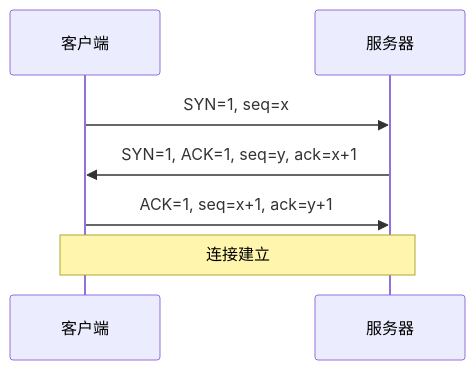
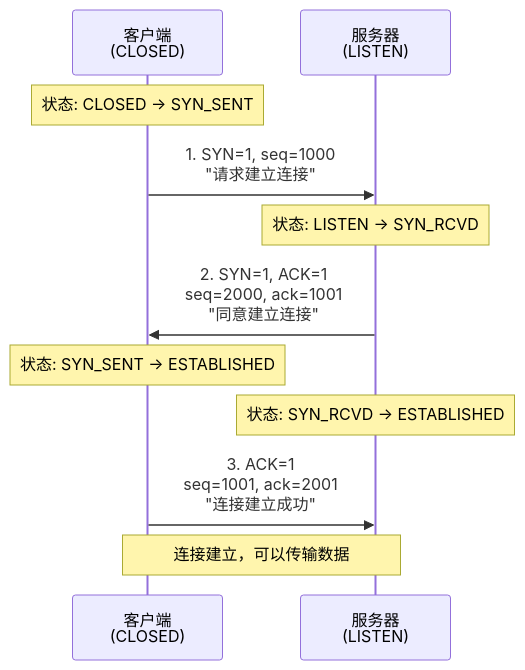
Before and after one commit to ralph-wren/TechStack-Handbook: the sixth of 33 diagrams in 2.网络知识.md, drawn with Mermaid. The commit also changed other lines of this file and 2 other files, not shown here.

````diff
--- a/2.网络知识.md
+++ b/2.网络知识.md
@@ -330,9 +768,17 @@
 ```mermaid
 sequenceDiagram
-    participant 客户端
-    participant 服务器
-    客户端->>服务器: SYN=1, seq=x
-    服务器->>客户端: SYN=1, ACK=1, seq=y, ack=x+1
-    客户端->>服务器: ACK=1, seq=x+1, ack=y+1
-    Note over 客户端,服务器: 连接建立
+    participant C as 客户端<br/>(CLOSED)
+    participant S as 服务器<br/>(LISTEN)
+    
+    Note over C: 状态: CLOSED → SYN_SENT
+    C->>S: 1. SYN=1, seq=1000<br/>"请求建立连接"
+    
+    Note over S: 状态: LISTEN → SYN_RCVD
+    S->>C: 2. SYN=1, ACK=1<br/>seq=2000, ack=1001<br/>"同意建立连接"
+    
+    Note over C: 状态: SYN_SENT → ESTABLISHED
+    Note over S: 状态: SYN_RCVD → ESTABLISHED
+    C->>S: 3. ACK=1<br/>seq=1001, ack=2001<br/>"连接建立成功"
+    
+    Note over C,S: 连接建立，可以传输数据
 ```
````
